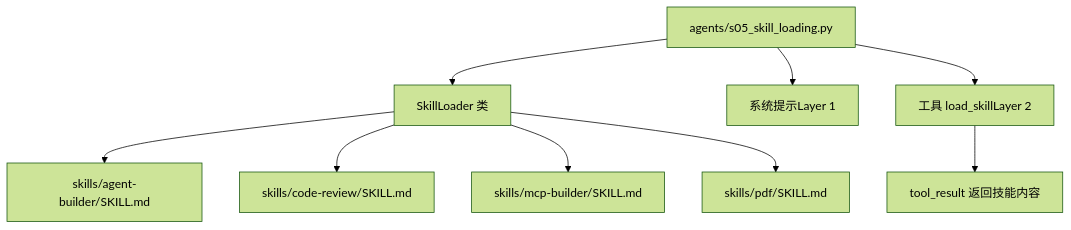
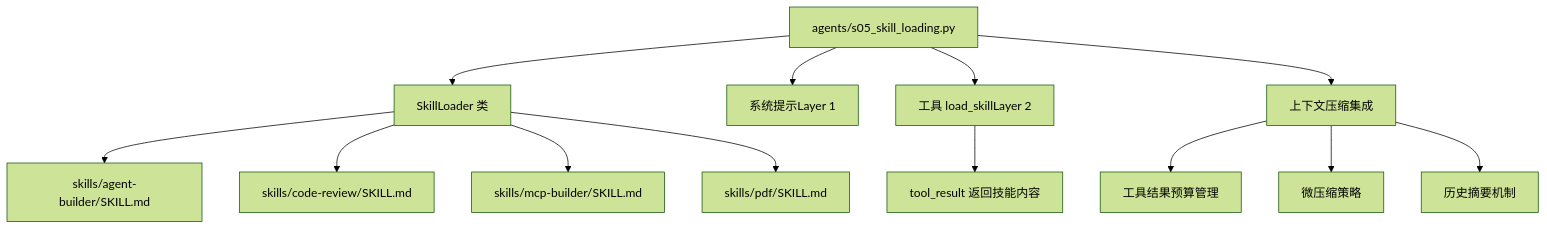
Before and after one commit to haolange/learn-claude-code: the first of 6 diagrams in .qoder/repowiki/zh/content/规划与知识管理/技能按需加载系统.md, drawn with Mermaid (forest theme). The commit also changed other lines of this file and 6 other files, not shown here.

````diff
--- a/.qoder/repowiki/zh/content/规划与知识管理/技能按需加载系统.md
+++ b/.qoder/repowiki/zh/content/规划与知识管理/技能按需加载系统.md
@@ -42,11 +58,15 @@
 ```mermaid
 graph TB
 A["agents/s05_skill_loading.py"] --> B["SkillLoader 类"]
 B --> C["skills/agent-builder/SKILL.md"]
 B --> D["skills/code-review/SKILL.md"]
 B --> E["skills/mcp-builder/SKILL.md"]
 B --> F["skills/pdf/SKILL.md"]
 A --> G["系统提示Layer 1"]
 A --> H["工具 load_skillLayer 2"]
 H --> I["tool_result 返回技能内容"]
+A --> J["上下文压缩集成"]
+J --> K["工具结果预算管理"]
+J --> L["微压缩策略"]
+J --> M["历史摘要机制"]
 ```
````
